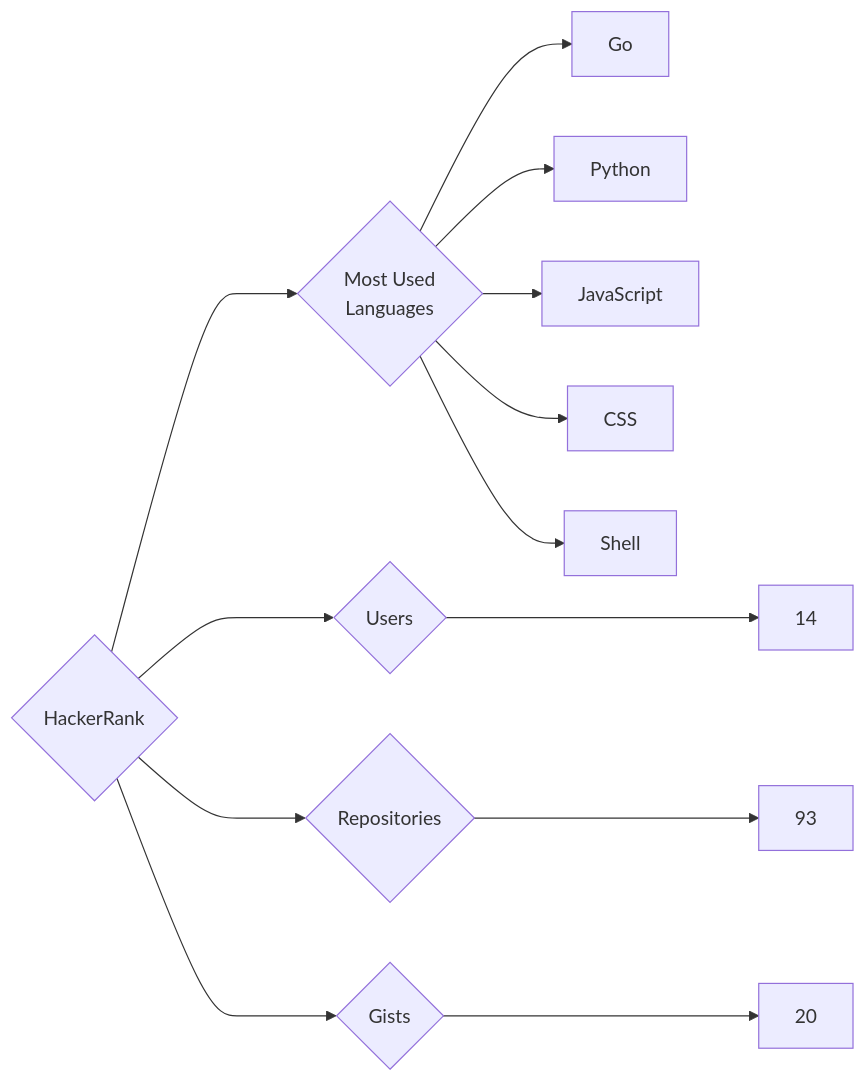
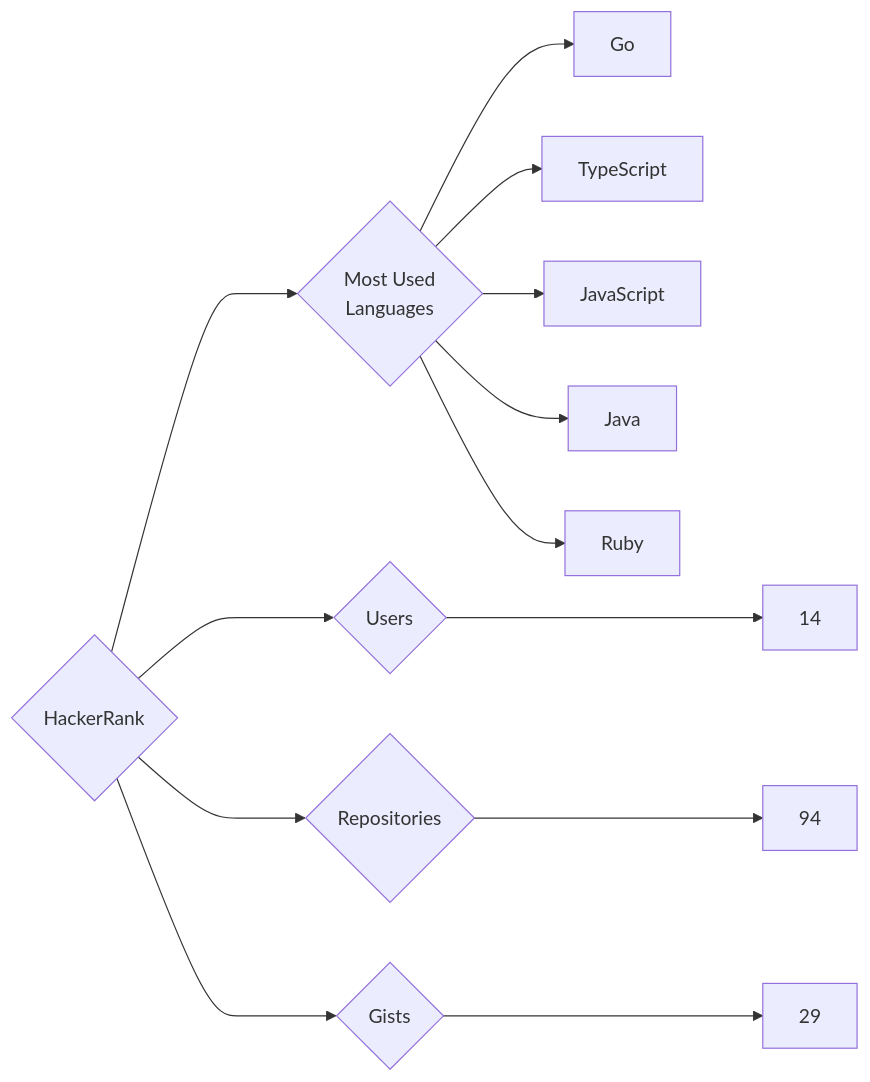
Before and after one commit to trickest/insiders: the diagram in targets/HackerRank/README.md, drawn with Mermaid. The commit also changed 985 other files, not shown here.

````diff
--- a/targets/HackerRank/README.md
+++ b/targets/HackerRank/README.md
@@ -3,13 +3,13 @@
 ```mermaid
 graph LR
 COMPANY_NAME{HackerRank}
 COMPANY_NAME ---> U{Users} ---> UN[14]
-COMPANY_NAME ---> R{Repositories} ---> RN[93]
-COMPANY_NAME ---> G{Gists} ---> GN[20]
+COMPANY_NAME ---> R{Repositories} ---> RN[94]
+COMPANY_NAME ---> G{Gists} ---> GN[29]
 COMPANY_NAME ---> ML{Most Used<br>Languages}
 ML --> Go[Go]
-ML --> Python[Python]
+ML --> TypeScript[TypeScript]
 ML --> JavaScript[JavaScript]
-ML --> CSS[CSS]
-ML --> Shell[Shell]
+ML --> Java[Java]
+ML --> Ruby[Ruby]
 ```
````
